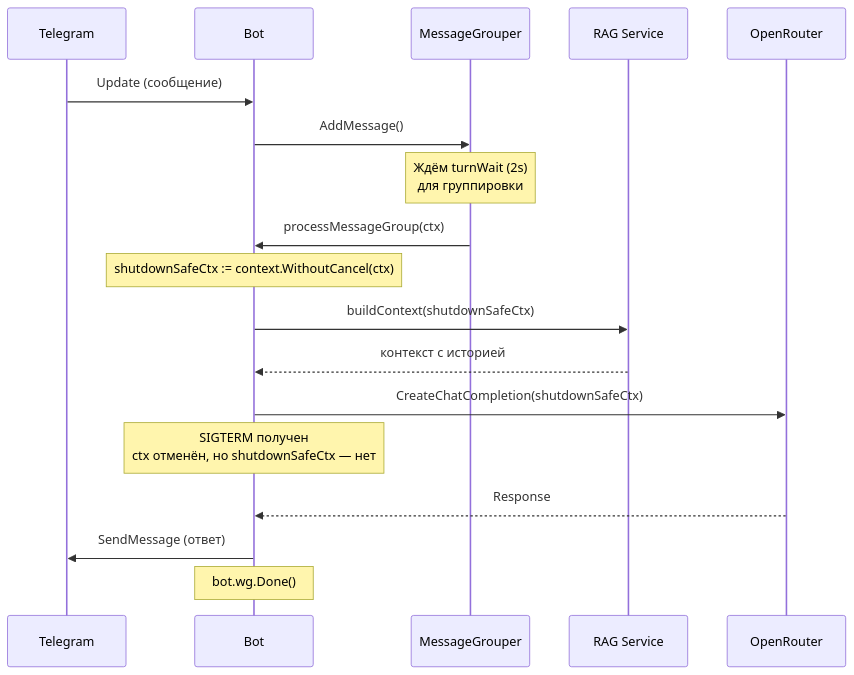
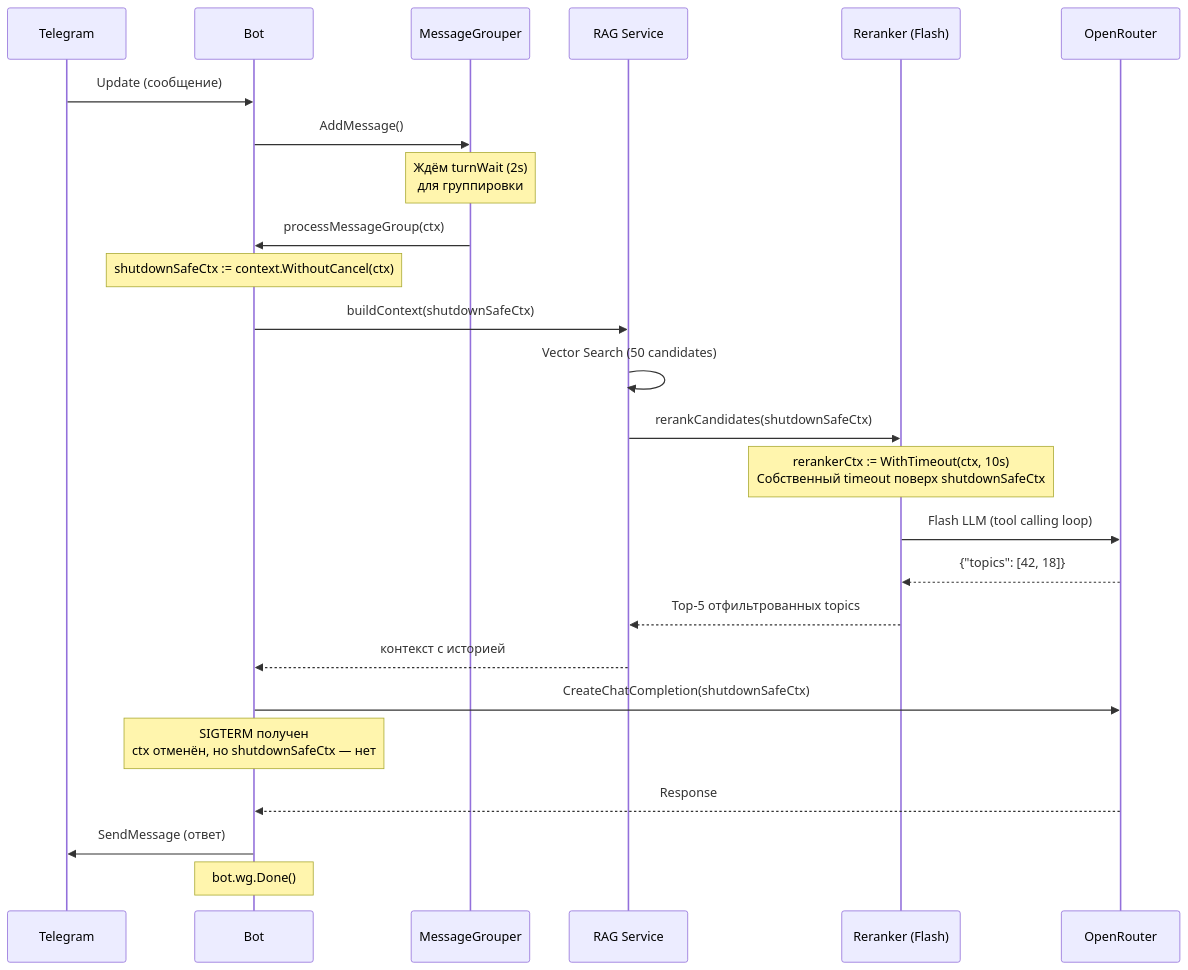
Before and after one commit to runixer/laplaced: the third of 3 diagrams in docs/architecture/graceful-shutdown.md, drawn with Mermaid. The commit also changed other lines of this file and 30 other files, not shown here.

First line of the commit message:
Add Flash Reranker for intelligent RAG context filtering

````diff
--- a/docs/architecture/graceful-shutdown.md
+++ b/docs/architecture/graceful-shutdown.md
@@ -88,29 +88,38 @@
 ```mermaid
 sequenceDiagram
     participant TG as Telegram
     participant Bot as Bot
     participant MG as MessageGrouper
     participant RAG as RAG Service
+    participant Reranker as Reranker (Flash)
     participant LLM as OpenRouter
 
     TG->>Bot: Update (сообщение)
     Bot->>MG: AddMessage()
 
     Note over MG: Ждём turnWait (2s)<br/>для группировки
 
     MG->>Bot: processMessageGroup(ctx)
 
     Note over Bot: shutdownSafeCtx := context.WithoutCancel(ctx)
 
     Bot->>RAG: buildContext(shutdownSafeCtx)
+    RAG->>RAG: Vector Search (50 candidates)
+    RAG->>Reranker: rerankCandidates(shutdownSafeCtx)
+
+    Note over Reranker: rerankerCtx := WithTimeout(ctx, 10s)<br/>Собственный timeout поверх shutdownSafeCtx
+
+    Reranker->>LLM: Flash LLM (tool calling loop)
+    LLM-->>Reranker: {"topics": [42, 18]}
+    Reranker-->>RAG: Top-5 отфильтрованных topics
     RAG-->>Bot: контекст с историей
 
     Bot->>LLM: CreateChatCompletion(shutdownSafeCtx)
 
     Note over Bot: SIGTERM получен<br/>ctx отменён, но shutdownSafeCtx — нет
 
     LLM-->>Bot: Response
     Bot->>TG: SendMessage (ответ)
 
     Note over Bot: bot.wg.Done()
 ```
````
